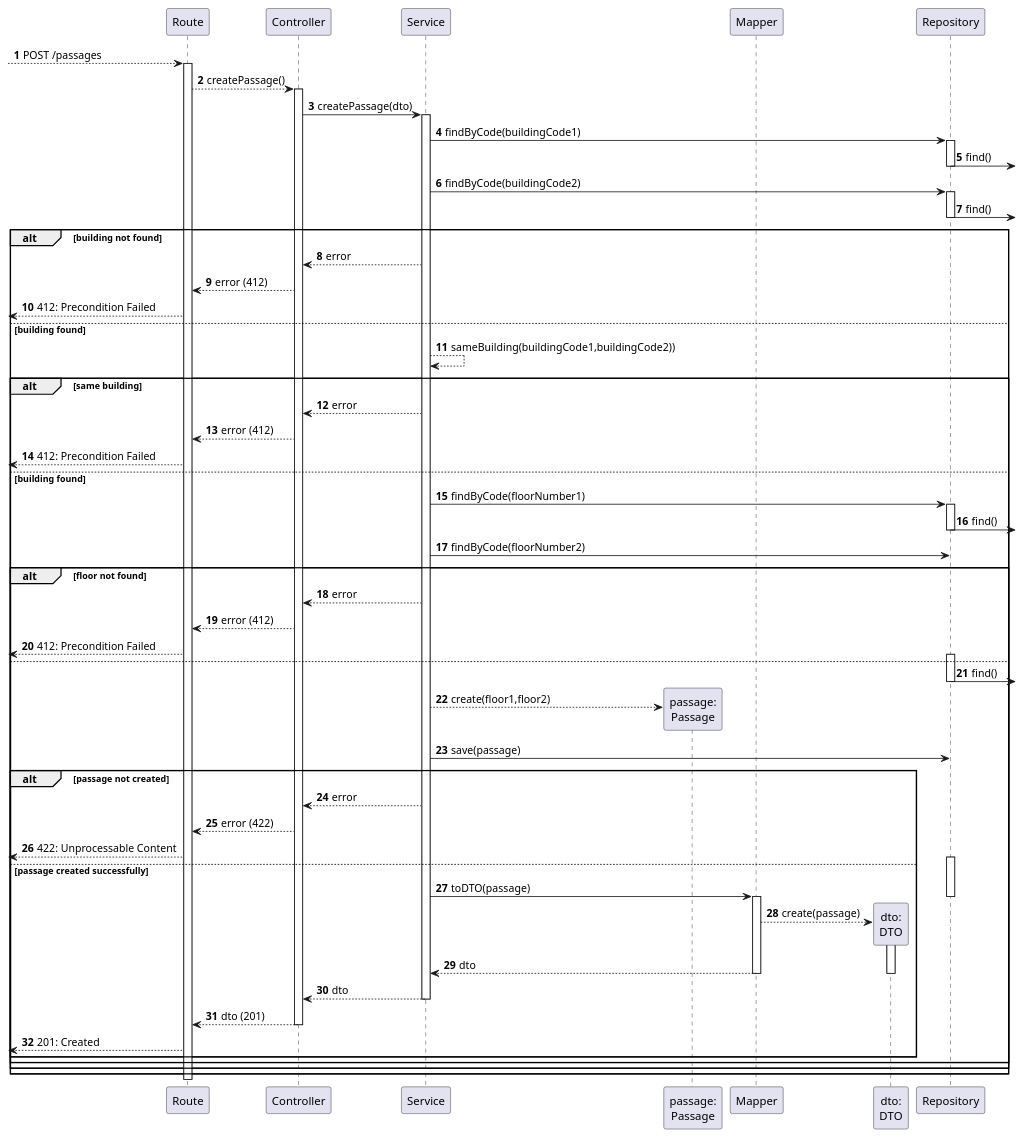
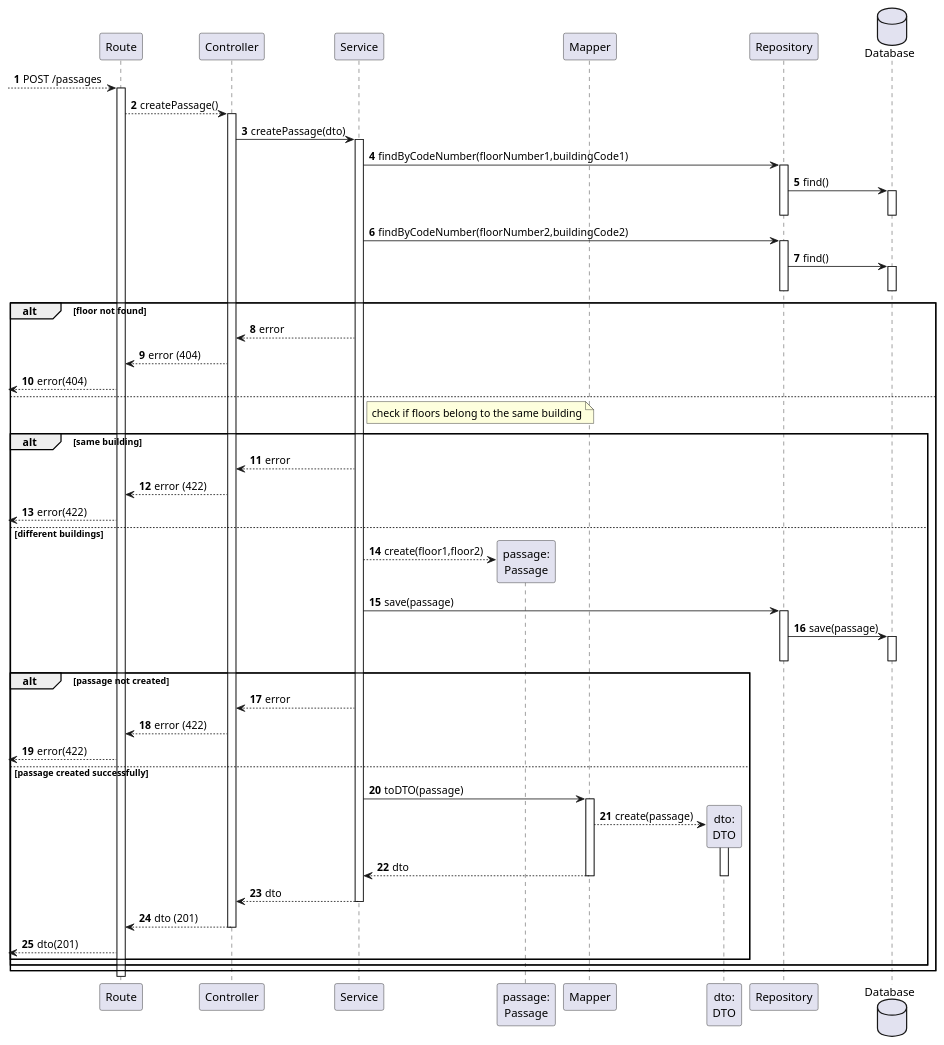
The diagram in docs/us240/level3/process-view.puml (Departamento-de-Engenharia-Informatica/lapr5-23-24-g19), drawn with PlantUML before and after one commit. The commit also changed 8 other files, not shown here.

```diff
--- a/docs/us240/level3/process-view.puml
+++ b/docs/us240/level3/process-view.puml
@@ -1,90 +1,81 @@
 @startuml
 autonumber
 
 participant "Route" as r
 participant "Controller" as ctrl
 participant "Service" as svc
 
 participant "passage:\nPassage" as passage
 participant "Mapper" as map
 participant "dto:\nDTO" as dto
 participant "Repository" as repo
-
-' TODO: @uz0maki review?
+database "Database" as db
 
 [--> r : POST /passages
 activate r
     r ---> ctrl : createPassage()
     activate ctrl
 
         ctrl -> svc : createPassage(dto)
         activate svc
 
-            svc -> repo : findByCode(buildingCode1)
-
+            svc -> repo : findByCodeNumber(floorNumber1,buildingCode1)
             activate repo
-                repo ->] : find()
+                repo ->db : find()
+                activate db
+                deactivate db
             deactivate repo
 
-            svc -> repo : findByCode(buildingCode2)
+            svc -> repo : findByCodeNumber(floorNumber2,buildingCode2)
             activate repo
-                repo ->] : find()
+                repo ->db : find()
+                activate db
+                deactivate db
             deactivate repo
-
-            alt building not found
-                svc --> ctrl : error
-                ctrl --> r : error (412)
-                [<-- r : 412: Precondition Failed
-            else building found
-                svc --> svc : sameBuilding(buildingCode1,buildingCode2))
+            alt floor not found
+            svc --> ctrl : error
+                ctrl --> r : error (404)
+                [<--r : error(404)
+            else
+                note right of svc
+                    check if floors belong to the same building
+                end note
             alt same building
                 svc --> ctrl : error
-                ctrl --> r : error (412)
-                [<--r : 412: Precondition Failed
-            else building found
-            svc -> repo : findByCode(floorNumber1)
-            activate repo
-                repo ->] : find()
-            deactivate repo
-            svc -> repo : findByCode(floorNumber2)
-            alt floor not found
-            svc --> ctrl : error
-                ctrl --> r : error (412)
-                [<--r : 412: Precondition Failed
-            else
-            activate repo
-                repo ->] : find()
-            deactivate repo
+                ctrl --> r : error (422)
+                [<--r : error(422)
+            else different buildings
                     svc --> passage** : create(floor1,floor2)
 
                 svc -> repo : save(passage)
+                activate repo
+                    repo -> db: save(passage)
+                    activate db
+                    deactivate db
+                deactivate repo
+
             alt passage not created
                 svc --> ctrl : error
                 ctrl --> r : error (422)
-                [<--r: 422: Unprocessable Content
+                [<--r: error(422)
 
             else passage created successfully
-
-                activate repo
-                    svc -> map : toDTO(passage)
-                deactivate repo
-
+                svc -> map : toDTO(passage)
                 activate map
                     map --> dto** : create(passage)
                     activate dto
                         map --> svc : dto
                     deactivate dto
                 deactivate map
 
                 svc --> ctrl : dto
                 deactivate svc
                 ctrl --> r : dto (201)
                 deactivate ctrl
-                [<--r : 201: Created
-            end
+                [<--r : dto(201)
             end
             end
             end
 deactivate r
 
 @enduml
```
